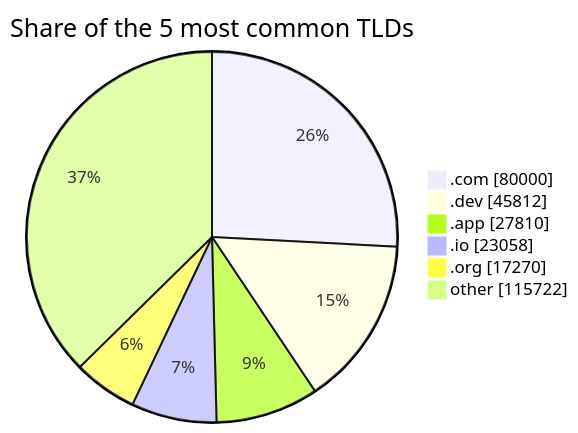
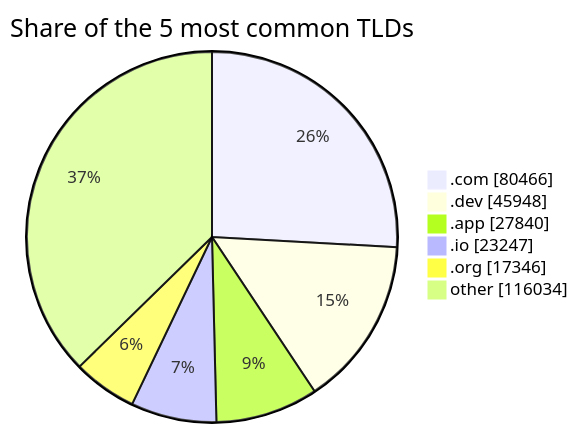
Before and after one commit to DNSBunker/CTI: the third of 3 diagrams in README.md, drawn with Mermaid. The commit also changed other lines of this file and 3 other files, not shown here.

````diff
--- a/README.md
+++ b/README.md
@@ -81,9 +81,9 @@
 ```mermaid
 pie showData title Share of the 5 most common TLDs
-    ".com" : 80000
-    ".dev" : 45812
-    ".app" : 27810
-    ".io" : 23058
-    ".org" : 17270
-    "other" : 115722
+    ".com" : 80466
+    ".dev" : 45948
+    ".app" : 27840
+    ".io" : 23247
+    ".org" : 17346
+    "other" : 116034
 ```
````
